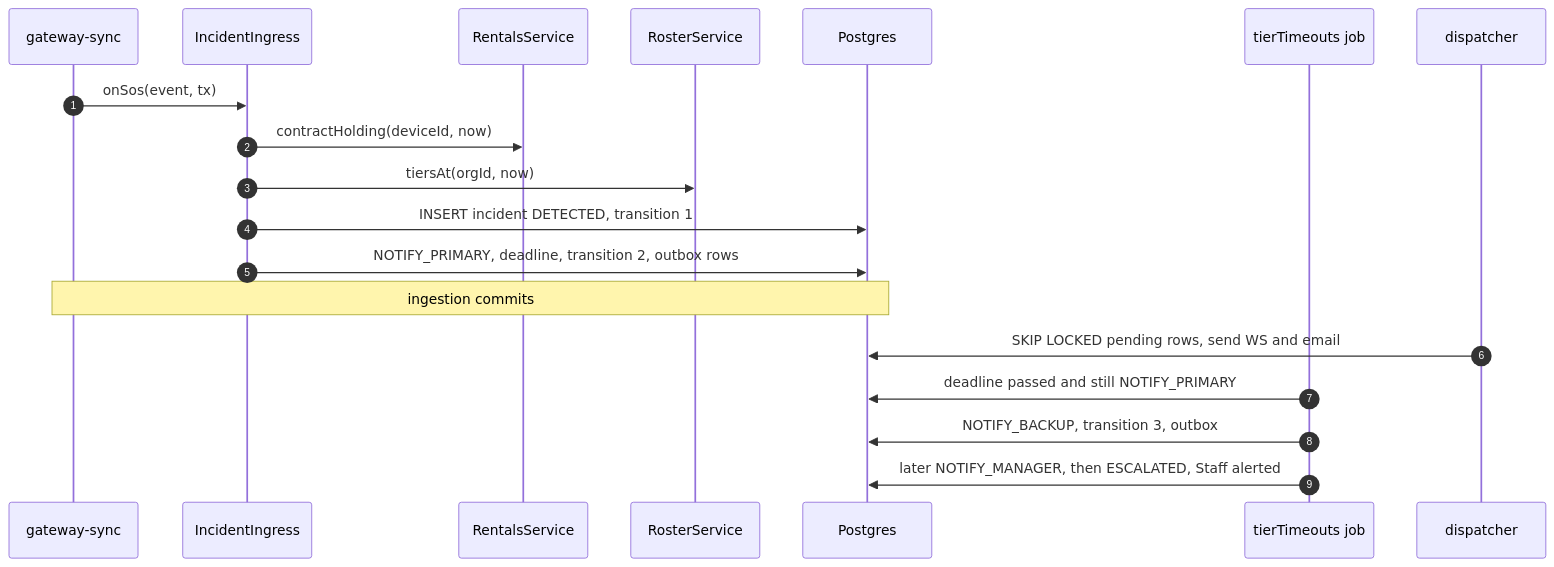
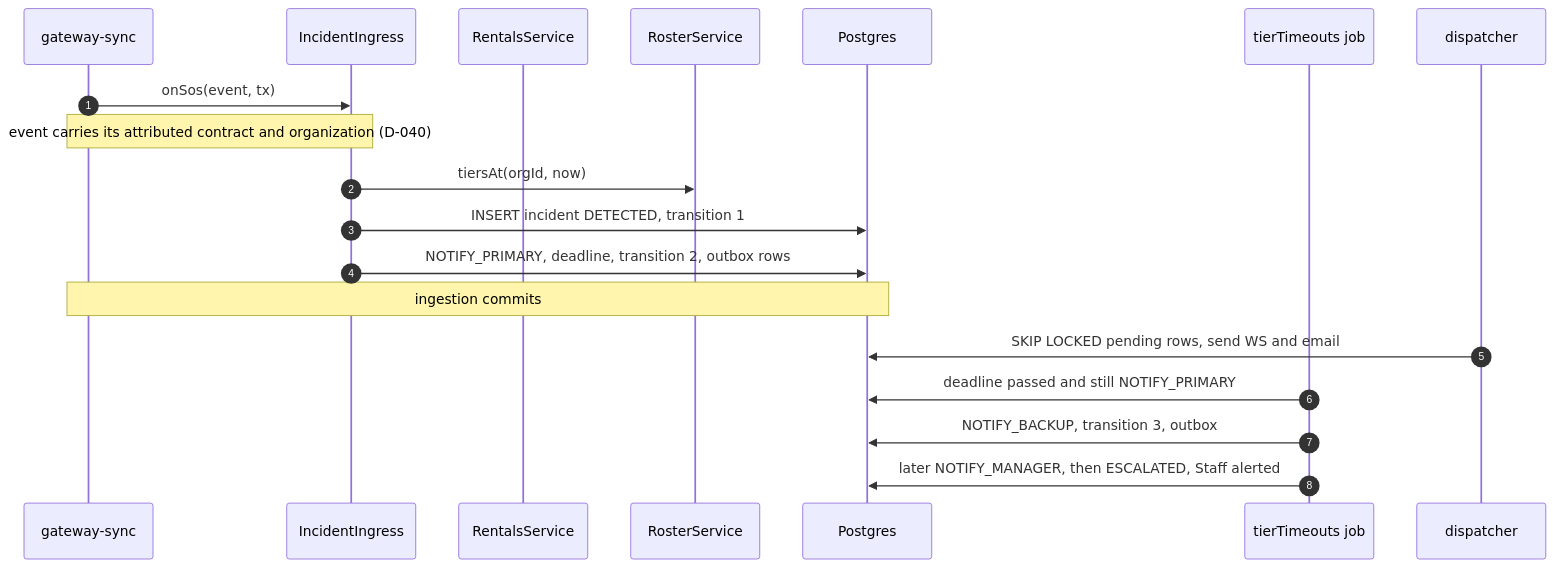
One commit to TrekLink-Team/treklink-web changed the third of 3 diagrams in specs/incidents/design.md. Above: the diagram before and after it, drawn with Mermaid. The commit also changed other lines of this file and 12 other files, not shown here.

````diff
--- a/specs/incidents/design.md
+++ b/specs/incidents/design.md
@@ -167,21 +169,21 @@
 ```mermaid
 sequenceDiagram
     autonumber
     participant G as gateway-sync
     participant I as IncidentIngress
     participant R as RentalsService
     participant O as RosterService
     participant DB as Postgres
     participant J as tierTimeouts job
     participant D as dispatcher
     G->>I: onSos(event, tx)
-    I->>R: contractHolding(deviceId, now)
+    Note over G,I: event carries its attributed contract and organization (D-040)
     I->>O: tiersAt(orgId, now)
     I->>DB: INSERT incident DETECTED, transition 1
     I->>DB: NOTIFY_PRIMARY, deadline, transition 2, outbox rows
     Note over G,DB: ingestion commits
     D->>DB: SKIP LOCKED pending rows, send WS and email
     J->>DB: deadline passed and still NOTIFY_PRIMARY
     J->>DB: NOTIFY_BACKUP, transition 3, outbox
     J->>DB: later NOTIFY_MANAGER, then ESCALATED, Staff alerted
 ```
````
